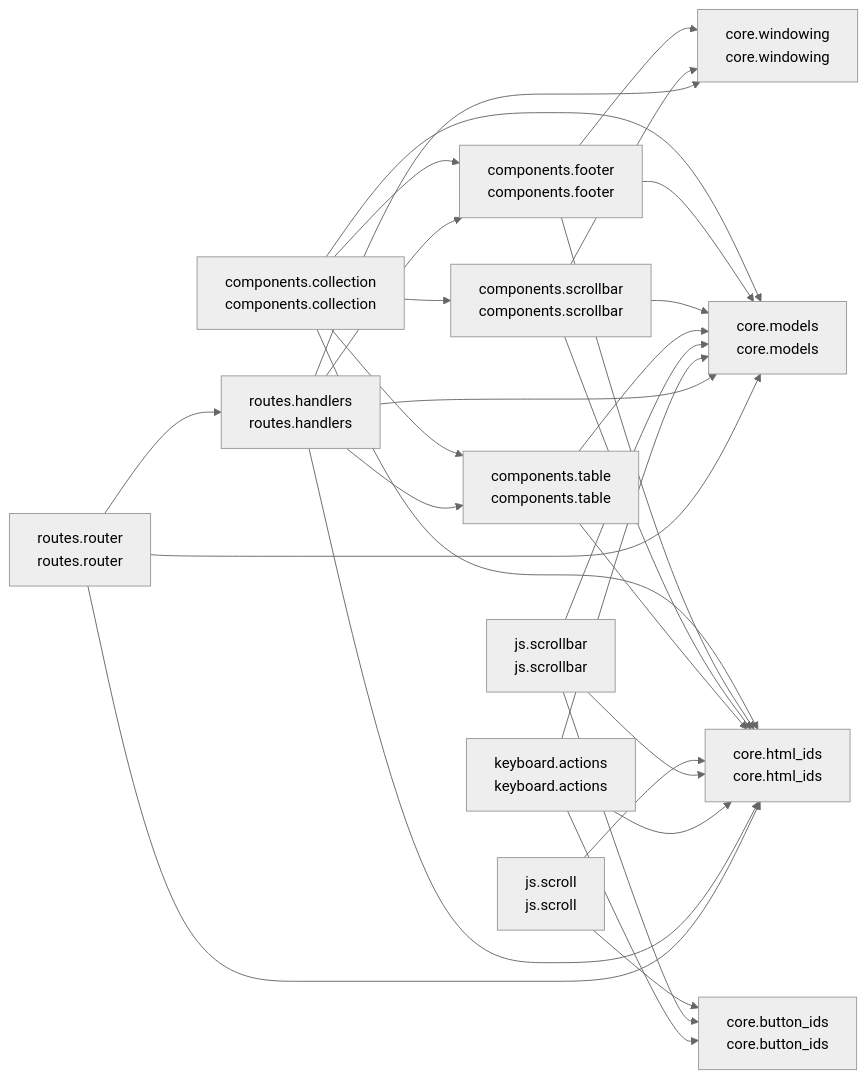
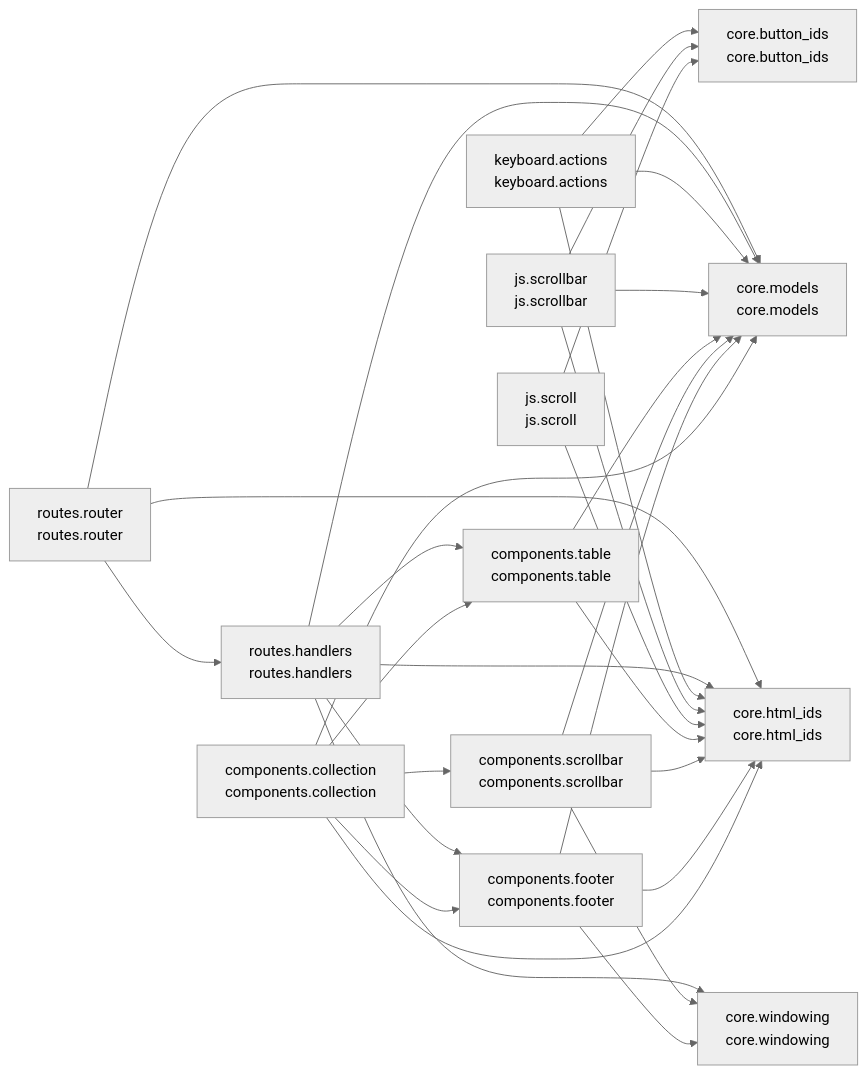
The diagram in README.md (cj-mills/cjm-fasthtml-virtual-collection), drawn with Mermaid (neutral theme) before and after one commit. The commit also changed other lines of this file and 5 other files, not shown here.

````diff
--- a/README.md
+++ b/README.md
@@ -38,46 +38,46 @@
 ``` mermaid
 graph LR
     components_collection[components.collection<br/>components.collection]
     components_footer[components.footer<br/>components.footer]
     components_scrollbar[components.scrollbar<br/>components.scrollbar]
     components_table[components.table<br/>components.table]
     core_button_ids[core.button_ids<br/>core.button_ids]
     core_html_ids[core.html_ids<br/>core.html_ids]
     core_models[core.models<br/>core.models]
     core_windowing[core.windowing<br/>core.windowing]
     js_scroll[js.scroll<br/>js.scroll]
     js_scrollbar[js.scrollbar<br/>js.scrollbar]
     keyboard_actions[keyboard.actions<br/>keyboard.actions]
     routes_handlers[routes.handlers<br/>routes.handlers]
     routes_router[routes.router<br/>routes.router]
 
+    components_collection --> core_models
+    components_collection --> components_table
     components_collection --> components_scrollbar
-    components_collection --> core_models
+    components_collection --> components_footer
     components_collection --> core_html_ids
-    components_collection --> components_footer
-    components_collection --> components_table
     components_footer --> core_models
     components_footer --> core_html_ids
     components_footer --> core_windowing
     components_scrollbar --> core_windowing
     components_scrollbar --> core_models
     components_scrollbar --> core_html_ids
     components_table --> core_models
     components_table --> core_html_ids
+    js_scroll --> core_button_ids
     js_scroll --> core_html_ids
-    js_scroll --> core_button_ids
+    js_scrollbar --> core_button_ids
+    js_scrollbar --> core_html_ids
     js_scrollbar --> core_models
-    js_scrollbar --> core_html_ids
-    js_scrollbar --> core_button_ids
+    keyboard_actions --> core_button_ids
+    keyboard_actions --> core_html_ids
     keyboard_actions --> core_models
-    keyboard_actions --> core_html_ids
-    keyboard_actions --> core_button_ids
+    routes_handlers --> core_models
     routes_handlers --> core_windowing
-    routes_handlers --> core_models
+    routes_handlers --> components_table
+    routes_handlers --> components_footer
     routes_handlers --> core_html_ids
-    routes_handlers --> components_footer
-    routes_handlers --> components_table
+    routes_router --> core_models
     routes_router --> routes_handlers
-    routes_router --> core_models
     routes_router --> core_html_ids
 ```
````
